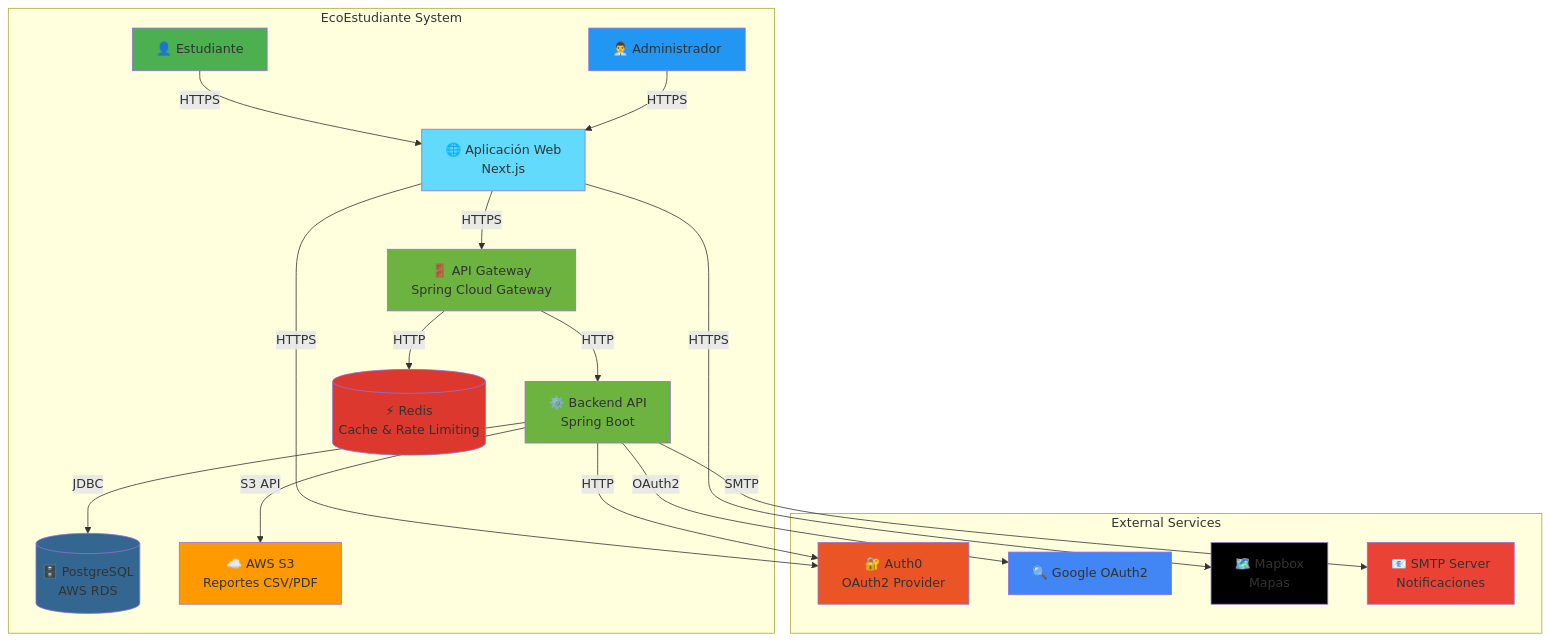
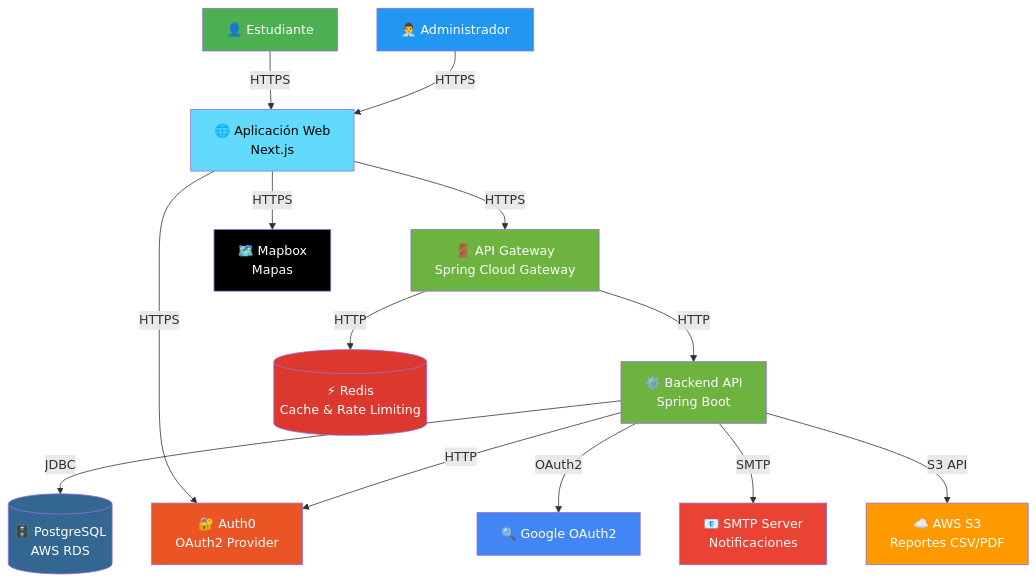
Before and after one commit to HectorCano1411/ecoestudiante: the first of 4 diagrams in README.md, drawn with Mermaid. The commit also changed other lines of this file, not shown here.

````diff
--- a/README.md
+++ b/README.md
@@ -102,46 +102,41 @@
 ```mermaid
-graph TB
-    subgraph "EcoEstudiante System"
-        Student[👤 Estudiante]
-        Admin[👨‍💼 Administrador]
-        WebApp[🌐 Aplicación Web<br/>Next.js]
-        Gateway[🚪 API Gateway<br/>Spring Cloud Gateway]
-        API[⚙️ Backend API<br/>Spring Boot]
-        DB[(🗄️ PostgreSQL<br/>AWS RDS)]
-        Redis[(⚡ Redis<br/>Cache & Rate Limiting)]
-        S3[☁️ AWS S3<br/>Reportes CSV/PDF]
-    end
-    
-    subgraph "External Services"
-        Auth0[🔐 Auth0<br/>OAuth2 Provider]
-        Google[🔍 Google OAuth2]
-        Mapbox[🗺️ Mapbox<br/>Mapas]
-        Email[📧 SMTP Server<br/>Notificaciones]
-    end
+graph TD
+    Student[👤 Estudiante]
+    Admin[👨‍💼 Administrador]
+    WebApp[🌐 Aplicación Web<br/>Next.js]
+    Gateway[🚪 API Gateway<br/>Spring Cloud Gateway]
+    API[⚙️ Backend API<br/>Spring Boot]
+    DB[(🗄️ PostgreSQL<br/>AWS RDS)]
+    Redis[(⚡ Redis<br/>Cache & Rate Limiting)]
+    S3[☁️ AWS S3<br/>Reportes CSV/PDF]
+    Auth0[🔐 Auth0<br/>OAuth2 Provider]
+    Google[🔍 Google OAuth2]
+    Mapbox[🗺️ Mapbox<br/>Mapas]
+    Email[📧 SMTP Server<br/>Notificaciones]
     
     Student -->|HTTPS| WebApp
     Admin -->|HTTPS| WebApp
     WebApp -->|HTTPS| Gateway
     WebApp -->|HTTPS| Auth0
     WebApp -->|HTTPS| Mapbox
     Gateway -->|HTTP| API
     Gateway -->|HTTP| Redis
     API -->|JDBC| DB
     API -->|HTTP| Auth0
     API -->|OAuth2| Google
     API -->|SMTP| Email
     API -->|S3 API| S3
     
-    style Student fill:#4CAF50
-    style Admin fill:#2196F3
-    style WebApp fill:#61DAFB
-    style Gateway fill:#6DB33F
-    style API fill:#6DB33F
-    style DB fill:#336791
-    style Redis fill:#DC382D
-    style S3 fill:#FF9900
-    style Auth0 fill:#EB5424
-    style Google fill:#4285F4
-    style Mapbox fill:#000000
-    style Email fill:#EA4335
+    style Student fill:#4CAF50,color:#fff
+    style Admin fill:#2196F3,color:#fff
+    style WebApp fill:#61DAFB,color:#000
+    style Gateway fill:#6DB33F,color:#fff
+    style API fill:#6DB33F,color:#fff
+    style DB fill:#336791,color:#fff
+    style Redis fill:#DC382D,color:#fff
+    style S3 fill:#FF9900,color:#fff
+    style Auth0 fill:#EB5424,color:#fff
+    style Google fill:#4285F4,color:#fff
+    style Mapbox fill:#000000,color:#fff
+    style Email fill:#EA4335,color:#fff
 ```
````
